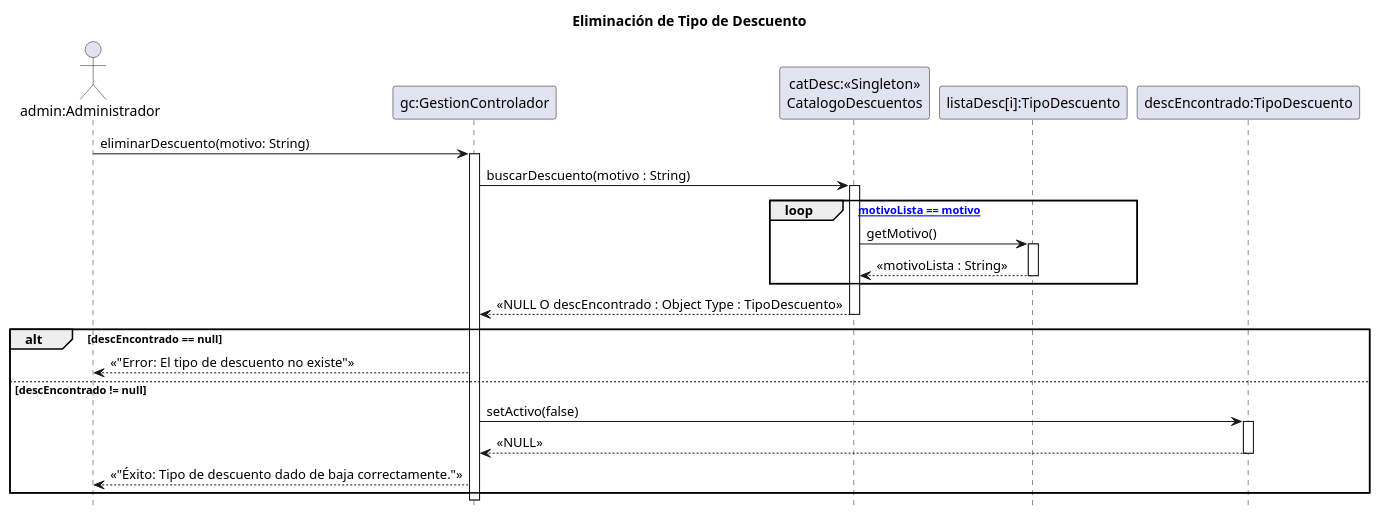
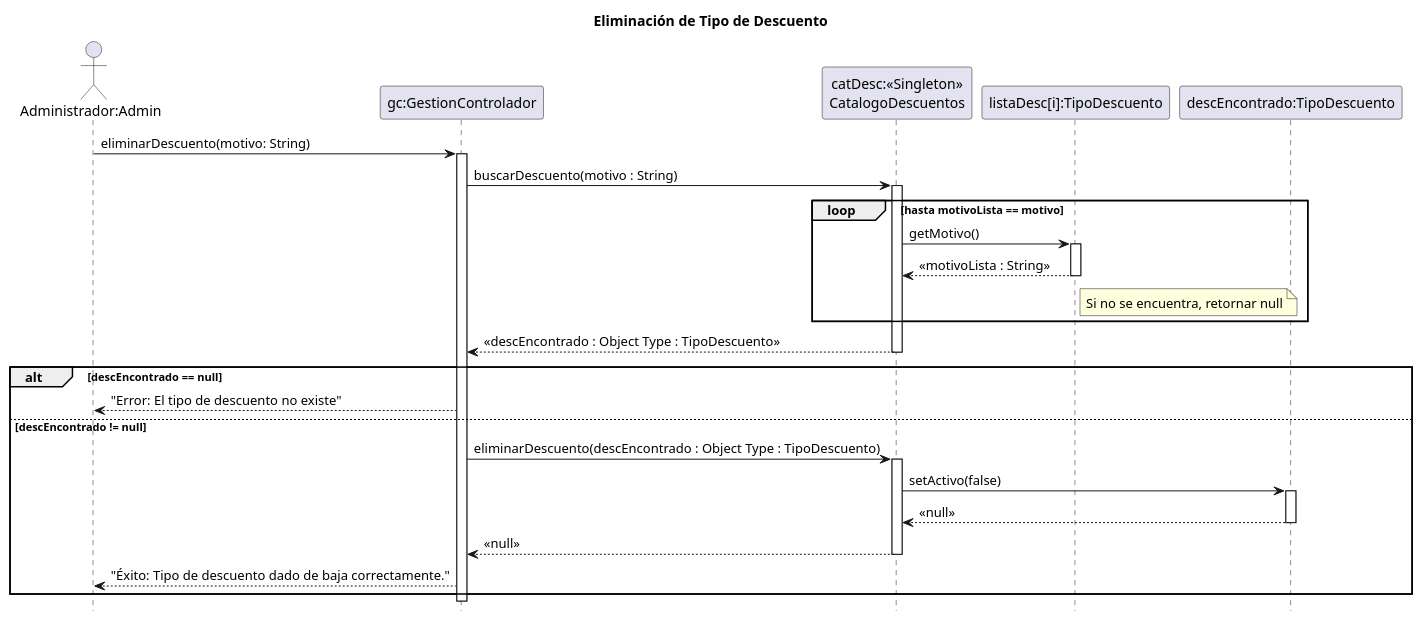
Before and after one commit to zEzequR/PF-I: the diagram in 08 - Diagramas de Secuencia de Diseño/EliminarTipoDescuento/EliminarTipoDescuento.wsd, drawn with PlantUML. The commit also changed 17 other files, not shown here.

```diff
--- a/08 - Diagramas de Secuencia de Diseño/EliminarTipoDescuento/EliminarTipoDescuento.wsd
+++ b/08 - Diagramas de Secuencia de Diseño/EliminarTipoDescuento/EliminarTipoDescuento.wsd
@@ -1,44 +1,52 @@
 @startuml
 title Eliminación de Tipo de Descuento
 hide footbox
 
-actor "admin:Administrador" as admin
+actor "Administrador:Admin" as admin
 participant "gc:GestionControlador" as ctrl
 participant "catDesc:<<Singleton>>\nCatalogoDescuentos" as cat
 participant "listaDesc[i]:TipoDescuento" as listTD
 participant "descEncontrado:TipoDescuento" as td
 
 admin -> ctrl : eliminarDescuento(motivo: String)
 activate ctrl
 
 ctrl -> cat : buscarDescuento(motivo : String)
 activate cat
 
-    loop [hasta motivoLista == motivo]
-        cat -> listTD : getMotivo()
-        activate listTD
-        listTD --> cat : «motivoLista : String»
-        deactivate listTD
-    end
+loop hasta motivoLista == motivo
+    cat -> listTD : getMotivo()
+    activate listTD
+    listTD --> cat : <<motivoLista : String>>
+    
+    note right of listTD : Si no se encuentra, retornar null
+    
+    deactivate listTD
+end
 
-cat --> ctrl : «NULL O descEncontrado : Object Type : TipoDescuento»
+cat --> ctrl : <<descEncontrado : Object Type : TipoDescuento>>
 deactivate cat
 
 alt descEncontrado == null
     
-    ctrl --> admin : «"Error: El tipo de descuento no existe"»
+    ctrl --> admin : "Error: El tipo de descuento no existe"
 
 else descEncontrado != null
 
-
-    ctrl -> td : setActivo(false)
+    ctrl -> cat : eliminarDescuento(descEncontrado : Object Type : TipoDescuento)
+    activate cat
+    
+    cat -> td : setActivo(false)
     activate td
-    td --> ctrl : «NULL»
+    td --> cat : <<null>>
     deactivate td
     
-    ctrl --> admin : «"Éxito: Tipo de descuento dado de baja correctamente."»
+    cat --> ctrl : <<null>>
+    deactivate cat
+    
+    ctrl --> admin : "Éxito: Tipo de descuento dado de baja correctamente."
 
 end
 
 deactivate ctrl
 @enduml
```
